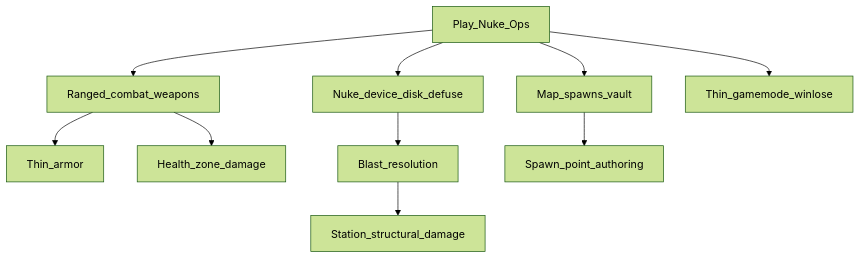
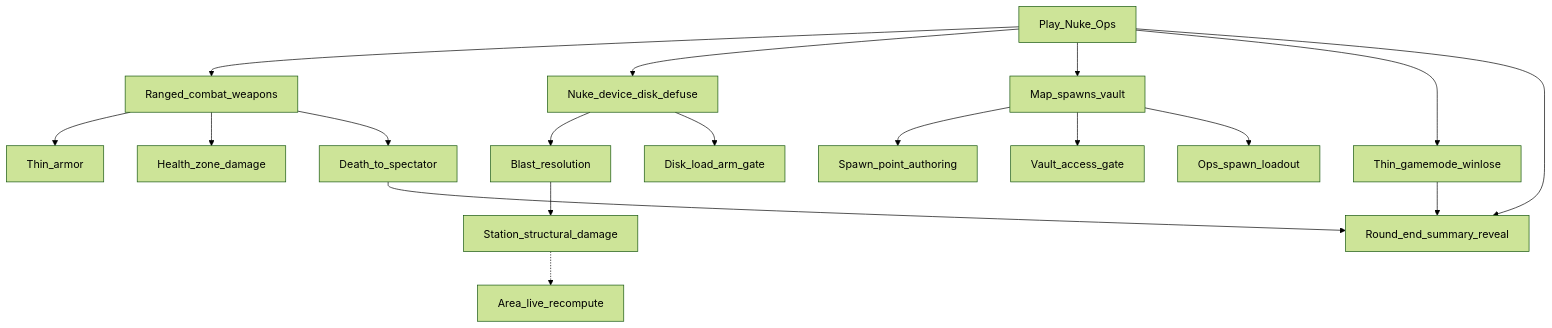
One commit to henkhooft/SS3D changed the diagram in Documents/milestones/mvp1-nuke-ops.md. Above: the diagram before and after it, drawn with Mermaid (forest theme). The commit also changed other lines of this file and 2 other files, not shown here.

````diff
--- a/Documents/milestones/mvp1-nuke-ops.md
+++ b/Documents/milestones/mvp1-nuke-ops.md
@@ -23,22 +26,37 @@
 ```mermaid
 flowchart TB
   mvp1[Play_Nuke_Ops]
   combat[Ranged_combat_weapons]
   armor[Thin_armor]
   health[Health_zone_damage]
+  death[Death_to_spectator]
   struct[Station_structural_damage]
+  arearecompute[Area_live_recompute]
   blast[Blast_resolution]
   nuke[Nuke_device_disk_defuse]
+  diskload[Disk_load_arm_gate]
   map[Map_spawns_vault]
+  spawns[Spawn_point_authoring]
+  vault[Vault_access_gate]
+  loadout[Ops_spawn_loadout]
   mode[Thin_gamemode_winlose]
-  spawns[Spawn_point_authoring]
+  roundend[Round_end_summary_reveal]
+
   mvp1 --> combat
   mvp1 --> nuke
   mvp1 --> map
   mvp1 --> mode
+  mvp1 --> roundend
   combat --> armor
   combat --> health
+  combat --> death
+  death --> roundend
+  mode --> roundend
   nuke --> blast
+  nuke --> diskload
   blast --> struct
+  struct -.-> arearecompute
   map --> spawns
+  map --> vault
+  map --> loadout
 ```
````
